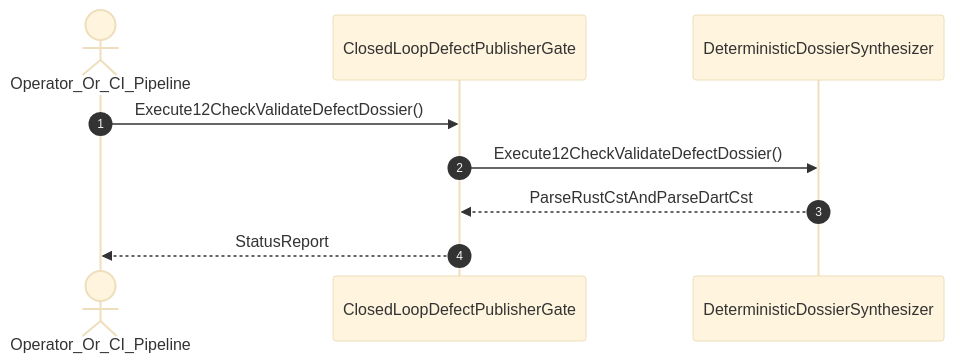
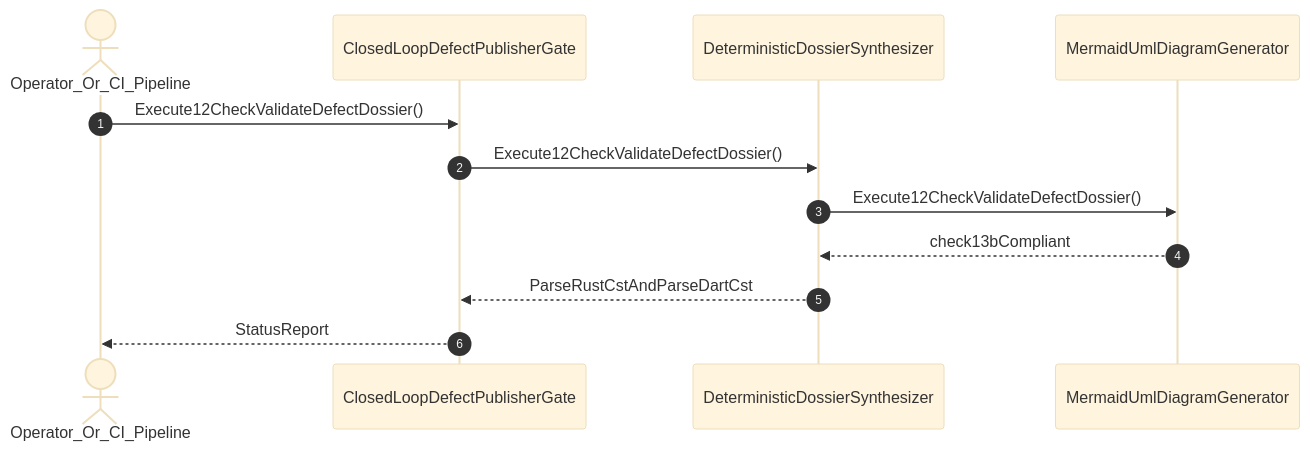
Before and after one commit to gintatkinson/DEAP01-spec-core: the diagram in .pipeline/upstream/docs/user-stories/US-42-Execute12CheckValidateDefectDossier.md, drawn with Mermaid (base theme). The commit also changed other lines of this file and 225 other files, not shown here.

````diff
--- a/.pipeline/upstream/docs/user-stories/US-42-Execute12CheckValidateDefectDossier.md
+++ b/.pipeline/upstream/docs/user-stories/US-42-Execute12CheckValidateDefectDossier.md
@@ -38,11 +39,14 @@
 ```mermaid
 sequenceDiagram
     autonumber
     actor Operator_Or_CI_Pipeline
     participant ClosedLoopDefectPublisherGate
     participant DeterministicDossierSynthesizer
+    participant MermaidUmlDiagramGenerator
     Operator_Or_CI_Pipeline->>ClosedLoopDefectPublisherGate: Execute12CheckValidateDefectDossier()
     ClosedLoopDefectPublisherGate->>DeterministicDossierSynthesizer: Execute12CheckValidateDefectDossier()
+    DeterministicDossierSynthesizer->>MermaidUmlDiagramGenerator: Execute12CheckValidateDefectDossier()
+    MermaidUmlDiagramGenerator-->>DeterministicDossierSynthesizer: check13bCompliant
     DeterministicDossierSynthesizer-->>ClosedLoopDefectPublisherGate: ParseRustCstAndParseDartCst
     ClosedLoopDefectPublisherGate-->>Operator_Or_CI_Pipeline: StatusReport
 ```
````
